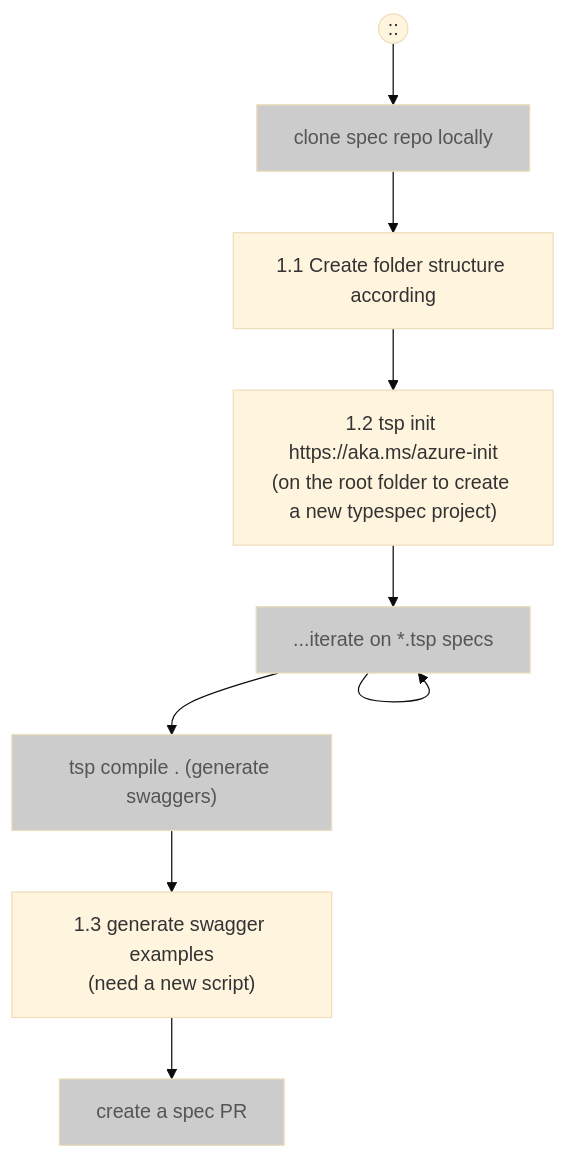
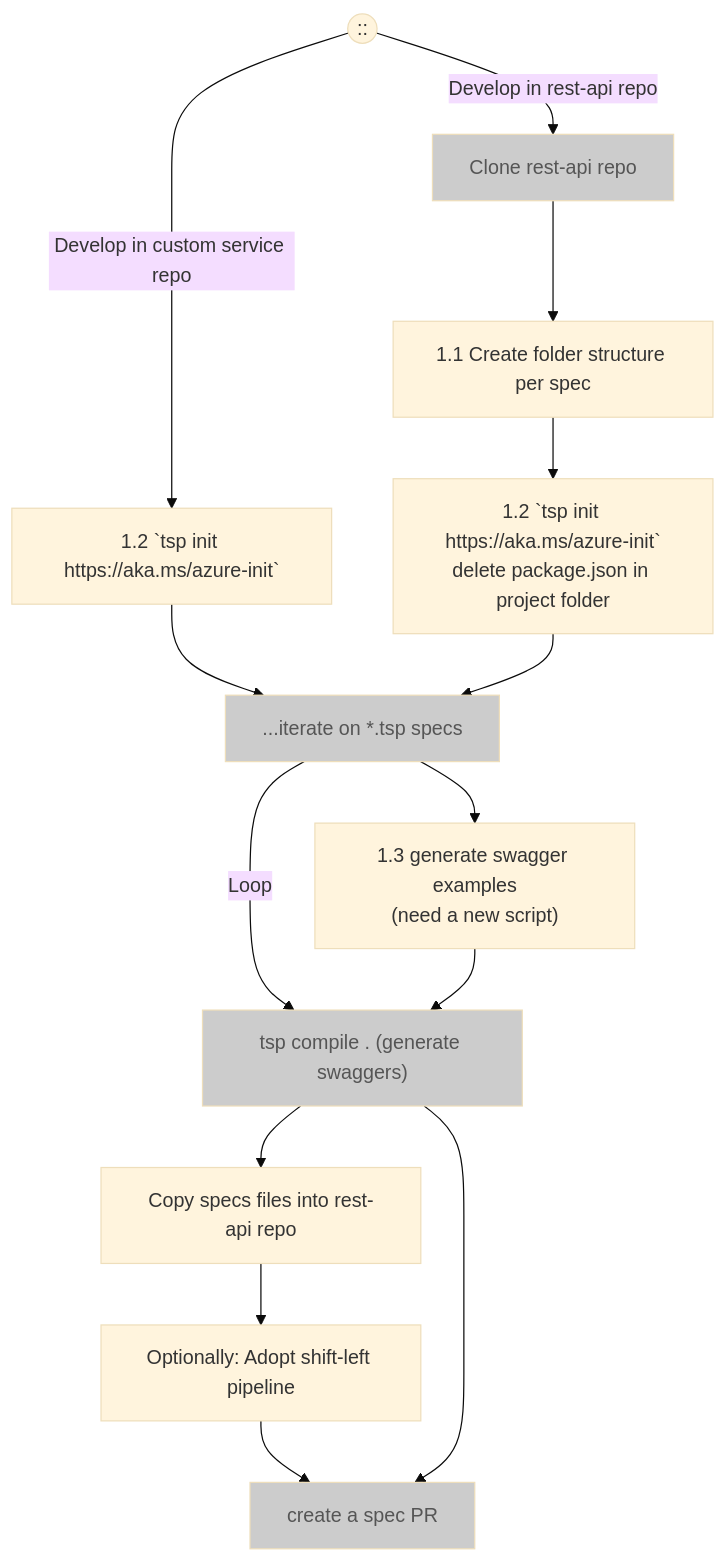
The first of 5 diagrams in documentation/typespec-end-to-end-scenarios.md (Azure/azure-rest-api-specs), drawn with Mermaid (base theme) before and after one commit. The commit also changed other lines of this file, not shown here.

````diff
--- a/documentation/typespec-end-to-end-scenarios.md
+++ b/documentation/typespec-end-to-end-scenarios.md
@@ -32,16 +32,20 @@
 ```mermaid
 flowchart TD
 classDef highlight fill:#ffd700
 classDef grey fill:#CCCCCC,color:#555555;
-User((::)) --> A[clone spec repo locally]
-A --> B[1.1 Create folder structure according ]
-B --> C["1.2 tsp init https://aka.ms/azure-init
-(on the root folder to create a new typespec project)"]
+User((::)) --> |Develop in rest-api repo|A[Clone rest-api repo]
+User((::)) --> |Develop in custom service repo|B1[1.2 `tsp init https://aka.ms/azure-init`]
+B1-->D
+A --> B[1.1 Create folder structure per spec ]
+B --> C["1.2 `tsp init https://aka.ms/azure-init`<br>delete package.json in project folder"]
 C --> D[...iterate on *.tsp specs]
-D --> D
-D --> E["tsp compile . (generate swaggers)"]
-E --> F["1.3 generate swagger examples
+D ---> |Loop|F
+D --> E["1.3 generate swagger examples
 (need a new script)"]
+E --> F["tsp compile . (generate swaggers)"]
+F --> G1[Copy specs files into rest-api repo]
+G1 --> G2[Optionally: Adopt shift-left pipeline]
+G2--> G
 F --> G[create a spec PR]
-class A,G,D,E grey
+class A,G,D,F grey
 ```
````
